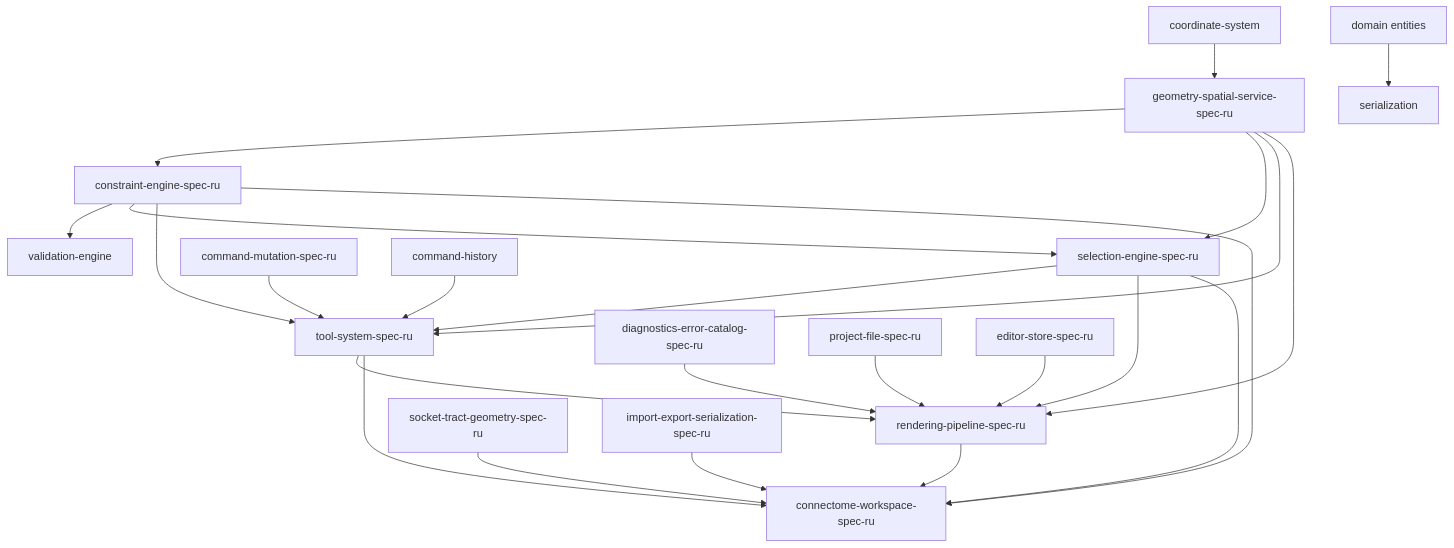
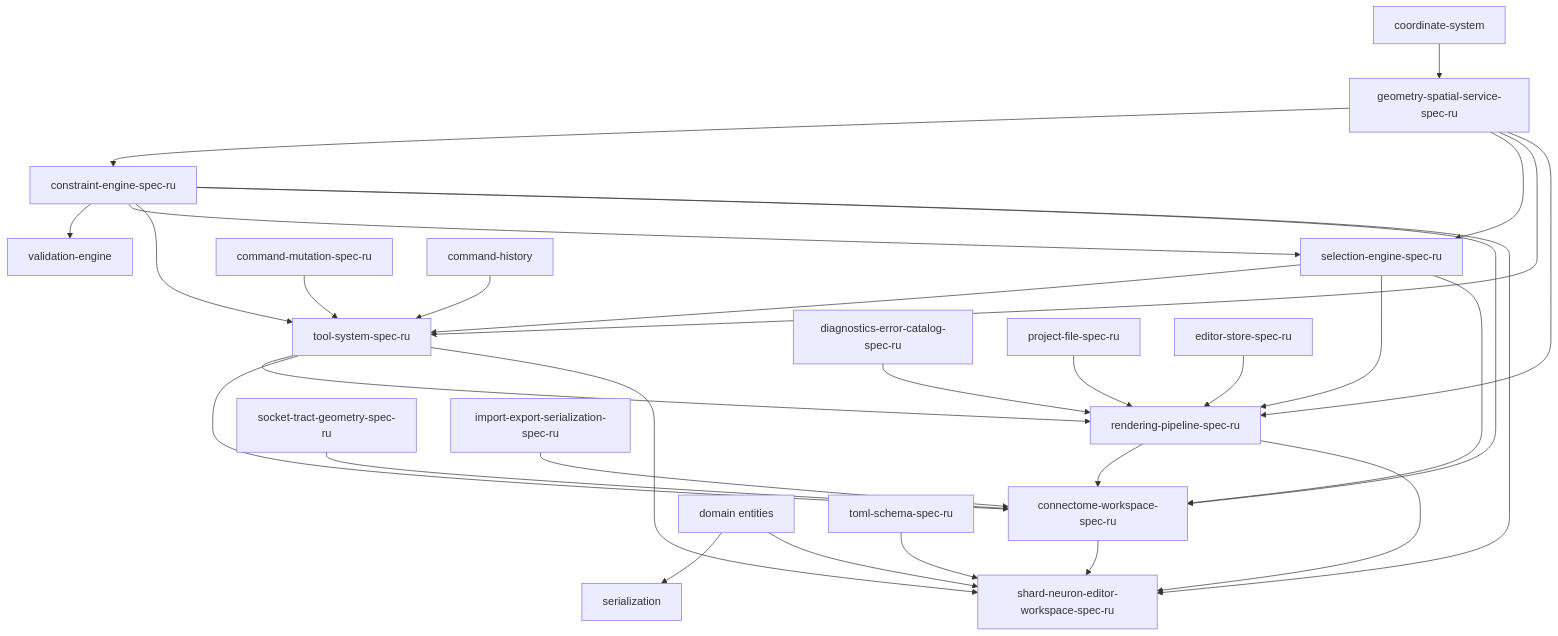
One commit to H4V1K-dev/axicor_enterprise changed the diagram in AxiCAD/docs/INDEX.md. Above: the diagram before and after it, drawn with Mermaid. The commit also changed other lines of this file and 1 other file, not shown here.

Commit message:
docs: add project index and shard neuron editor workspace specification

````diff
--- a/AxiCAD/docs/INDEX.md
+++ b/AxiCAD/docs/INDEX.md
@@ -119,26 +120,32 @@
 ```mermaid
 graph TD
     CS[coordinate-system] --> GSS[geometry-spatial-service-spec-ru]
     GSS --> CE[constraint-engine-spec-ru]
     CE --> VE[validation-engine]
     GSS --> SE[selection-engine-spec-ru]
     CE --> SE
     SE --> TS[tool-system-spec-ru]
     GSS --> TS
     CE --> TS
     CM[command-mutation-spec-ru] --> TS
     CH[command-history] --> TS
     GSS --> RP[rendering-pipeline-spec-ru]
     SE --> RP
     TS --> RP
     DEC[diagnostics-error-catalog-spec-ru] --> RP
     PF[project-file-spec-ru] --> RP
     ES[editor-store-spec-ru] --> RP
     STG[socket-tract-geometry-spec-ru] --> CW[connectome-workspace-spec-ru]
     SE --> CW
     TS --> CW
     CE --> CW
     RP --> CW
     IES[import-export-serialization-spec-ru] --> CW
     DOM[domain entities] --> SER[serialization]
+    DOM --> SNE[shard-neuron-editor-workspace-spec-ru]
+    TSS[toml-schema-spec-ru] --> SNE
+    CE --> SNE
+    RP --> SNE
+    TS --> SNE
+    CW --> SNE
 ```
````
